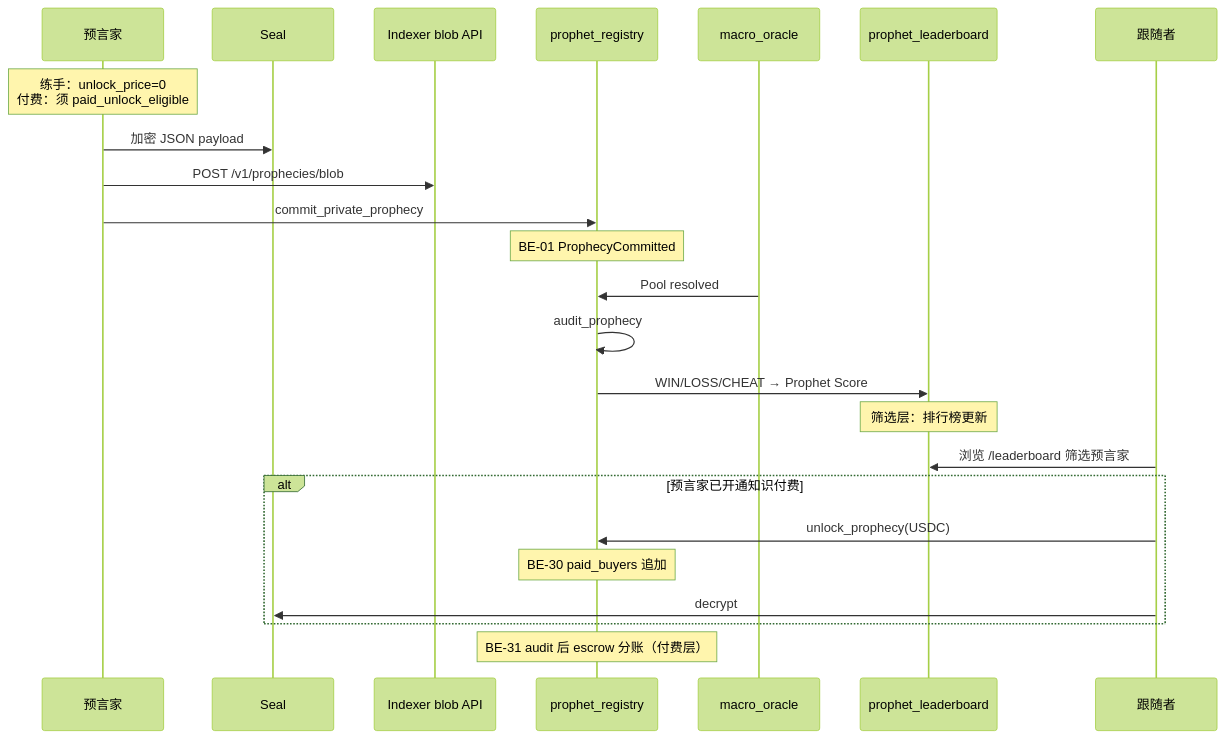
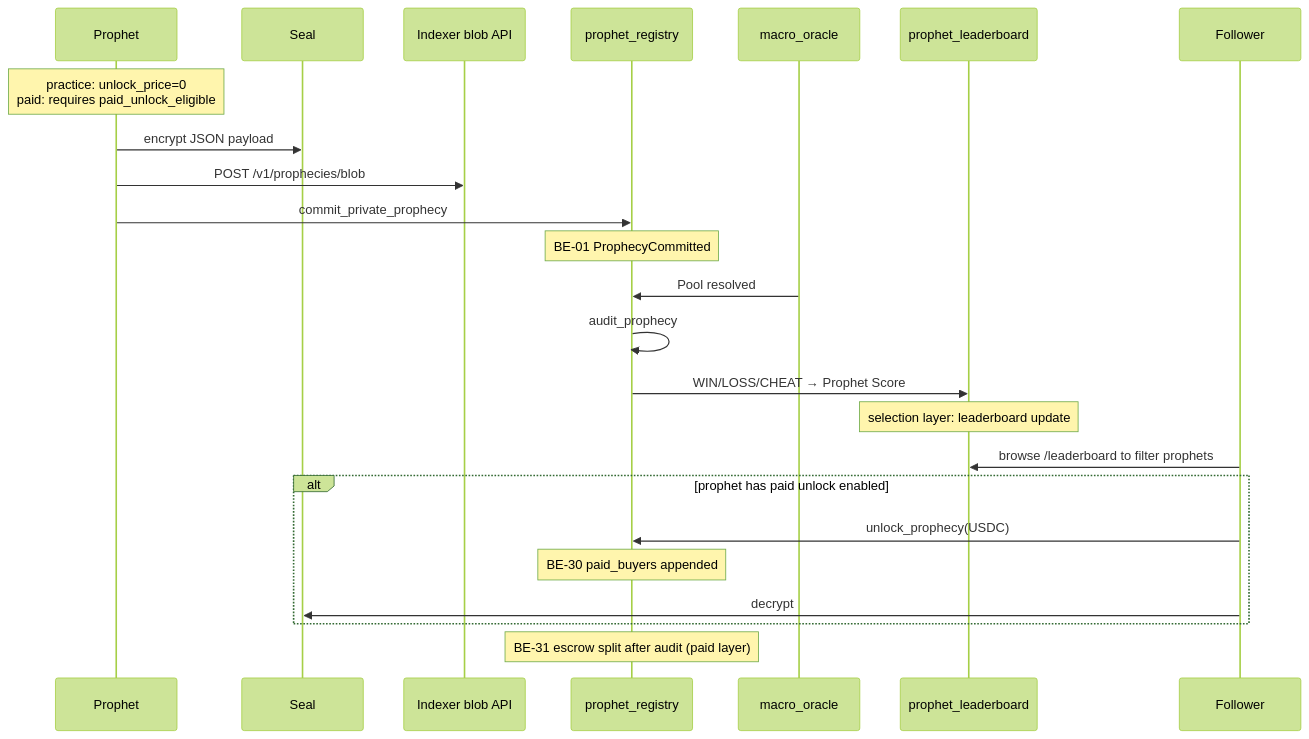
The seventh of 8 diagrams in docs/business-spec.md (bamaao/x-market), drawn with Mermaid (forest theme) before and after one commit. The commit also changed other lines of this file and 93 other files, not shown here.

````diff
--- a/docs/business-spec.md
+++ b/docs/business-spec.md
@@ -819,27 +821,27 @@
 ```mermaid
 sequenceDiagram
-    participant Prophet as 预言家
+    participant Prophet as Prophet
     participant Seal as Seal
     participant Indexer as Indexer blob API
     participant Chain as prophet_registry
     participant Oracle as macro_oracle
     participant Stats as prophet_leaderboard
-    participant Follower as 跟随者
+    participant Follower as Follower
 
-    Note over Prophet: 练手：unlock_price=0<br/>付费：须 paid_unlock_eligible
-    Prophet->>Seal: 加密 JSON payload
+    Note over Prophet: practice: unlock_price=0<br/>paid: requires paid_unlock_eligible
+    Prophet->>Seal: encrypt JSON payload
     Prophet->>Indexer: POST /v1/prophecies/blob
     Prophet->>Chain: commit_private_prophecy
     Note over Chain: BE-01 ProphecyCommitted
     Oracle->>Chain: Pool resolved
     Chain->>Chain: audit_prophecy
     Chain->>Stats: WIN/LOSS/CHEAT → Prophet Score
-    Note over Stats: 筛选层：排行榜更新
-    Follower->>Stats: 浏览 /leaderboard 筛选预言家
-    alt 预言家已开通知识付费
+    Note over Stats: selection layer: leaderboard update
+    Follower->>Stats: browse /leaderboard to filter prophets
+    alt prophet has paid unlock enabled
         Follower->>Chain: unlock_prophecy(USDC)
-        Note over Chain: BE-30 paid_buyers 追加
+        Note over Chain: BE-30 paid_buyers appended
         Follower->>Seal: decrypt
     end
-    Note over Chain: BE-31 audit 后 escrow 分账（付费层）
+    Note over Chain: BE-31 escrow split after audit (paid layer)
 ```
````
